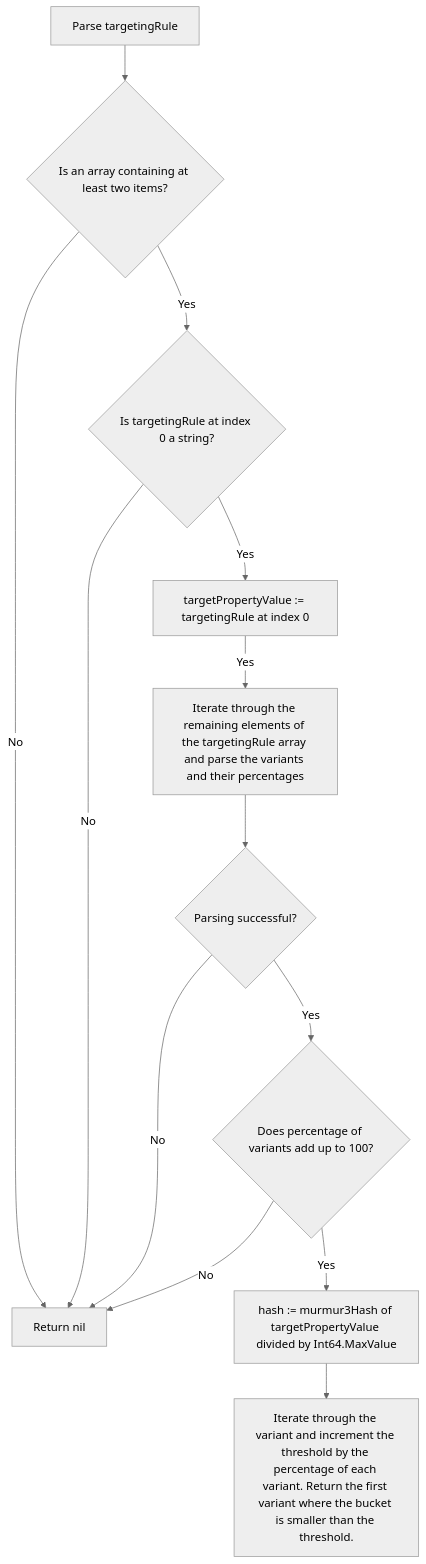
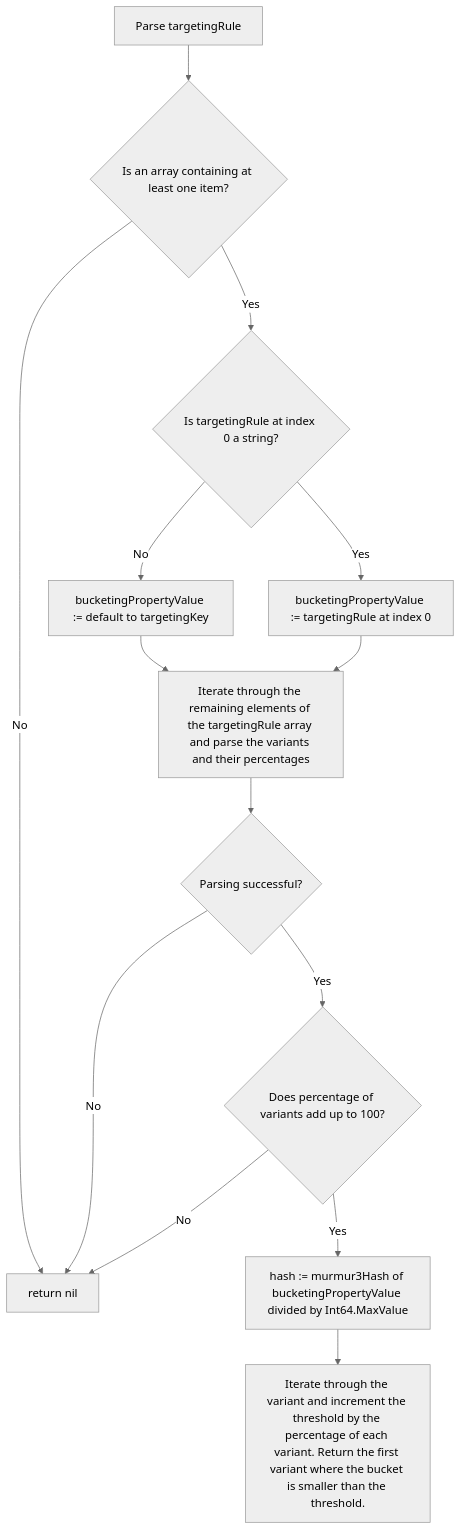
The diagram in docs/other_resources/in-process-providers/evaluators/fractional_evaluation.md (open-feature/flagd), drawn with Mermaid (neutral theme) before and after one commit. The commit also changed other lines of this file and 3 other files, not shown here.

````diff
--- a/docs/other_resources/in-process-providers/evaluators/fractional_evaluation.md
+++ b/docs/other_resources/in-process-providers/evaluators/fractional_evaluation.md
@@ -60,15 +60,16 @@
 ```mermaid
 flowchart TD
-A[Parse targetingRule] --> B{Is an array containing at least two items?};
+A[Parse targetingRule] --> B{Is an array containing at least one item?};
 B -- Yes --> C{Is targetingRule at index 0 a string?};
-B -- No --> D[Return nil];
-C -- Yes --> E[targetPropertyValue := targetingRule at index 0];
-C -- No --> D;
-E -- Yes --> F[Iterate through the remaining elements of the targetingRule array and parse the variants and their percentages];
-F --> G{Parsing successful?};
-G -- No --> D;
-G -- Yes --> H{Does percentage of variants add up to 100?};
+B -- No --> D[return nil]
+C -- No --> E[bucketingPropertyValue := default to targetingKey];
+C -- Yes --> F[bucketingPropertyValue := targetingRule at index 0];
+E --> G[Iterate through the remaining elements of the targetingRule array and parse the variants and their percentages];
+F --> G;
+G --> H{Parsing successful?};
 H -- No --> D;
-H -- Yes --> I[hash := murmur3Hash of targetPropertyValue divided by Int64.MaxValue]
-I --> L[Iterate through the variant and increment the threshold by the percentage of each variant. Return the first variant where the bucket is smaller than the threshold.]
+H -- Yes --> I{Does percentage of variants add up to 100?};
+I -- No --> D;
+I -- Yes --> J[hash := murmur3Hash of bucketingPropertyValue divided by Int64.MaxValue]
+J --> K[Iterate through the variant and increment the threshold by the percentage of each variant. Return the first variant where the bucket is smaller than the threshold.]
 ```
````
